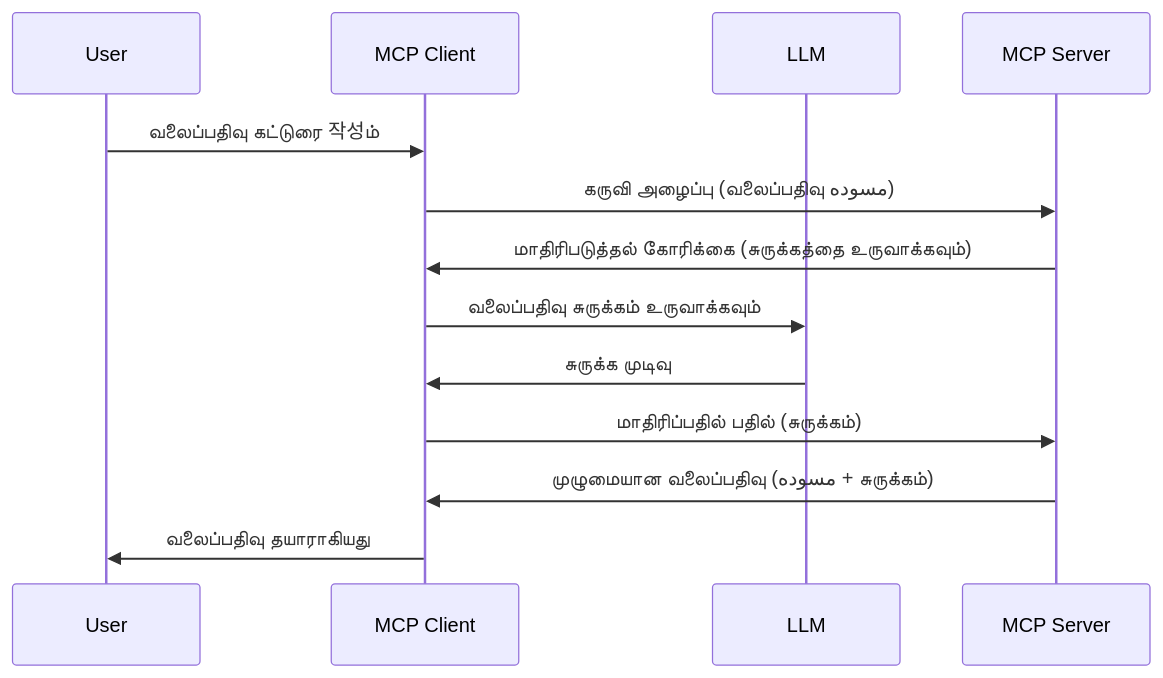
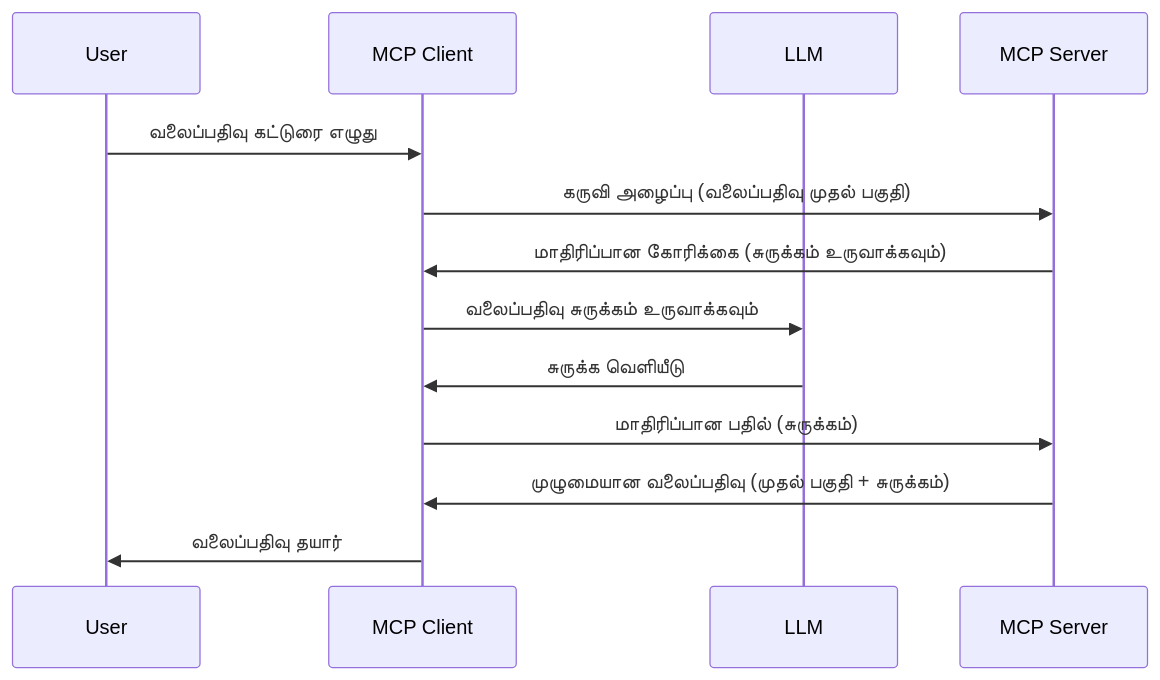
One commit to HIDORAKAI002/ai-workspace-archive changed the diagram in mcp_ecosystem__model_context_protocol/mcp_learning_resources/mcp-for-beginners/translations/ta/03-GettingStarted/14-sampling/README.md. Above: the diagram before and after it, drawn with Mermaid. The commit also changed other lines of this file and 1539 other files, not shown here.

````diff
--- a/mcp_ecosystem__model_context_protocol/mcp_learning_resources/mcp-for-beginners/translations/ta/03-GettingStarted/14-sampling/README.md
+++ b/mcp_ecosystem__model_context_protocol/mcp_learning_resources/mcp-for-beginners/translations/ta/03-GettingStarted/14-sampling/README.md
@@ -23,16 +23,16 @@
 ```mermaid
 sequenceDiagram
     participant User
     participant MCP Client
     participant LLM
     participant MCP Server
 
-    User->>MCP Client: வலைப்பதிவு கட்டுரை 작성ம்
-    MCP Client->>MCP Server: கருவி அழைப்பு (வலைப்பதிவு مسوده)
-    MCP Server->>MCP Client: மாதிரிபடுத்தல் கோரிக்கை (சுருக்கத்தை உருவாக்கவும்)
+    User->>MCP Client: வலைப்பதிவு கட்டுரை எழுது
+    MCP Client->>MCP Server: கருவி அழைப்பு (வலைப்பதிவு முதல் பகுதி)
+    MCP Server->>MCP Client: மாதிரிப்பான கோரிக்கை (சுருக்கம் உருவாக்கவும்)
     MCP Client->>LLM: வலைப்பதிவு சுருக்கம் உருவாக்கவும்
-    LLM->>MCP Client: சுருக்க முடிவு
-    MCP Client->>MCP Server: மாதிரிப்பதில் பதில் (சுருக்கம்)
-    MCP Server->>MCP Client: முழுமையான வலைப்பதிவு (مسوده + சுருக்கம்)
-    MCP Client->>User: வலைப்பதிவு தயாராகியது
+    LLM->>MCP Client: சுருக்க வெளியீடு
+    MCP Client->>MCP Server: மாதிரிப்பான பதில் (சுருக்கம்)
+    MCP Server->>MCP Client: முழுமையான வலைப்பதிவு (முதல் பகுதி + சுருக்கம்)
+    MCP Client->>User: வலைப்பதிவு தயார்
 ```
````
